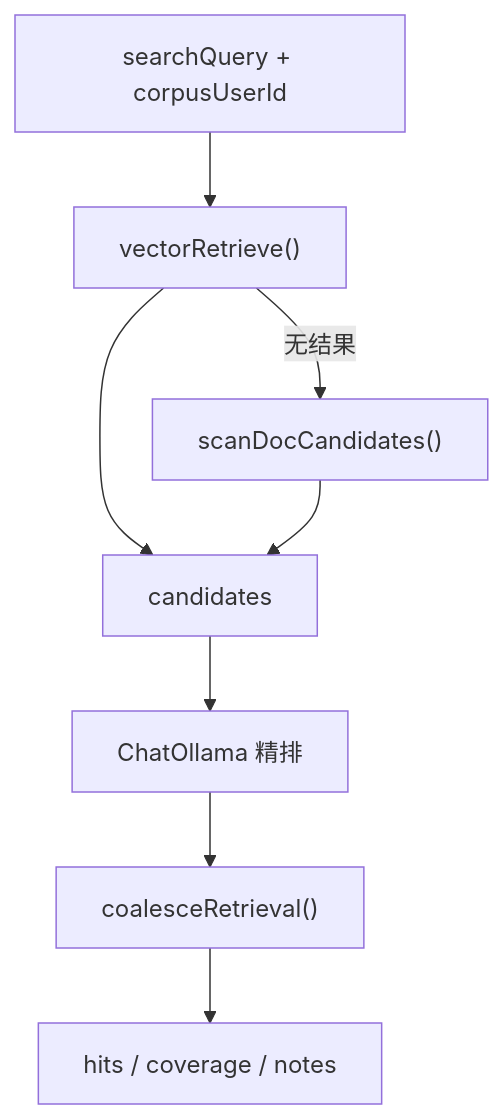
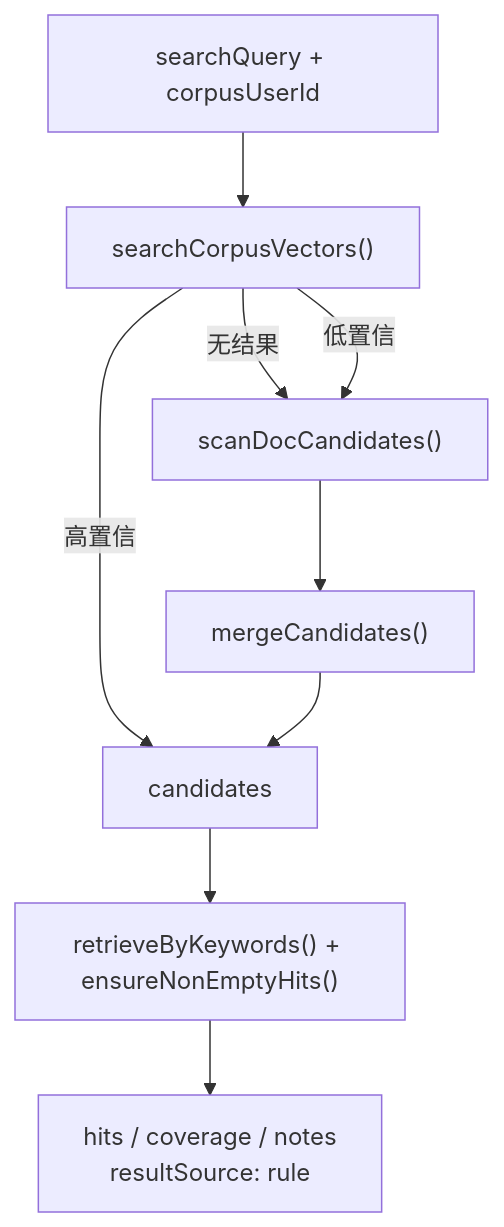
One commit to panzhanfei/fambrain-agents changed the fifth of 11 diagrams in docs/02-agent-flows.md. Above: the diagram before and after it, drawn with Mermaid. The commit also changed other lines of this file and 16 other files, not shown here.

````diff
--- a/docs/02-agent-flows.md
+++ b/docs/02-agent-flows.md
@@ -155,10 +155,11 @@
 ```mermaid
 flowchart TD
-  IN["searchQuery + corpusUserId"] --> VEC["vectorRetrieve()"]
+  IN["searchQuery + corpusUserId"] --> VEC["searchCorpusVectors()"]
   VEC -->|无结果| SCAN["scanDocCandidates()"]
-  VEC --> CAND[candidates]
-  SCAN --> CAND
-  CAND --> LLM["ChatOllama 精排"]
-  LLM --> COAL["coalesceRetrieval()"]
-  COAL --> OUT["hits / coverage / notes"]
+  VEC -->|低置信| SCAN
+  VEC -->|高置信| CAND[candidates]
+  SCAN --> MERGE["mergeCandidates()"]
+  MERGE --> CAND
+  CAND --> RULE["retrieveByKeywords() + ensureNonEmptyHits()"]
+  RULE --> OUT["hits / coverage / notes<br/>resultSource: rule"]
 ```
````
